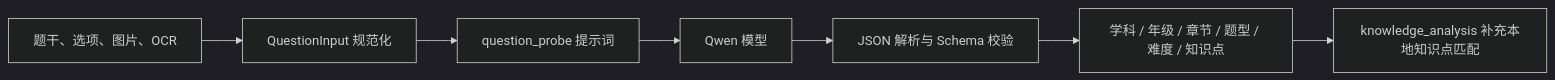
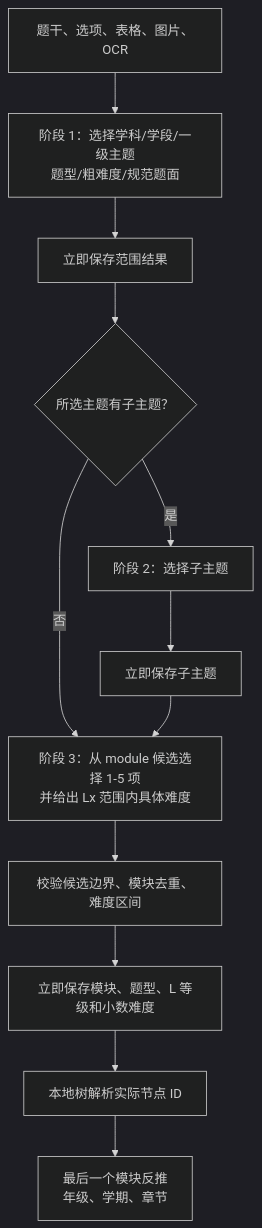
The third of 5 diagrams in docs/ai_public_component_flow.md (johnguo1972/qisi_frontend), drawn with Mermaid (dark theme) before and after one commit. The commit also changed other lines of this file and 29 other files, not shown here.

````diff
--- a/docs/ai_public_component_flow.md
+++ b/docs/ai_public_component_flow.md
@@ -74,9 +79,14 @@
 ```mermaid
-flowchart LR
-    Q[题干、选项、图片、OCR] --> N[QuestionInput 规范化]
-    N --> P[question_probe 提示词]
-    P --> M[Qwen 模型]
-    M --> S[JSON 解析与 Schema 校验]
-    S --> R[学科 / 年级 / 章节 / 题型 / 难度 / 知识点]
-    R --> K[knowledge_analysis 补充本地知识点匹配]
+flowchart TD
+    Q[题干、选项、表格、图片、OCR] --> S1[阶段 1：选择学科/学段/一级主题\n题型/粗难度/规范题面]
+    S1 --> SAVE1[立即保存范围结果]
+    SAVE1 --> HAS_CHILD{所选主题有子主题？}
+    HAS_CHILD -->|是| S2[阶段 2：选择子主题]
+    S2 --> SAVE2[立即保存子主题]
+    HAS_CHILD -->|否| S3
+    SAVE2 --> S3[阶段 3：从 module 候选选择 1-5 项\n并给出 Lx 范围内具体难度]
+    S3 --> VALIDATE[校验候选边界、模块去重、难度区间]
+    VALIDATE --> SAVE3[立即保存模块、题型、L 等级和小数难度]
+    SAVE3 --> MAP[本地树解析实际节点 ID]
+    MAP --> DERIVE[最后一个模块反推\n年级、学期、章节]
 ```
````
